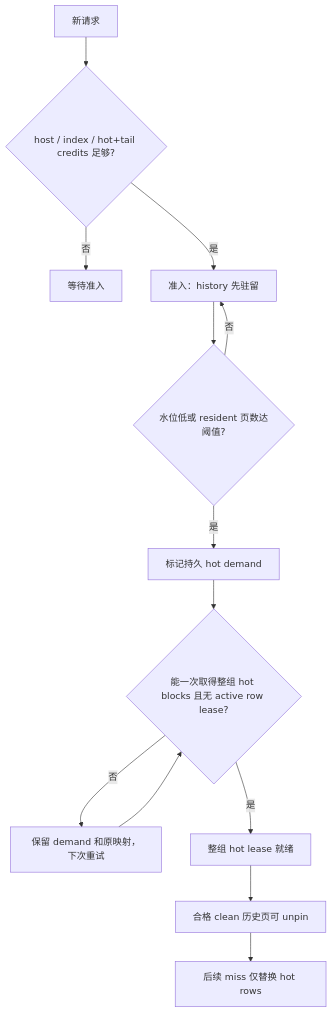
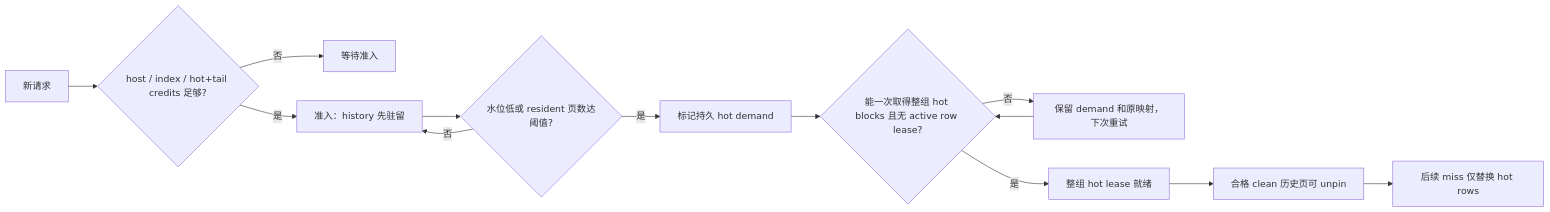
One commit to KiritoHugh/mini-hisparse changed the fifth of 6 diagrams in docs/visual-guide.md. Above: the diagram before and after it, drawn with Mermaid.

Commit message:
Lay out hot allocation flowchart horizontally

````diff
--- a/docs/visual-guide.md
+++ b/docs/visual-guide.md
@@ -157,15 +157,15 @@
 ```mermaid
-flowchart TD
+flowchart LR
     A[新请求] --> B{host / index / hot+tail credits 足够?}
     B -->|否| W[等待准入]
     B -->|是| R[准入：history 先驻留]
     R --> T{水位低或 resident 页数达阈值?}
     T -->|否| R
     T -->|是| D[标记持久 hot demand]
     D --> C{能一次取得整组 hot blocks 且无 active row lease?}
     C -->|否| Retry[保留 demand 和原映射，下次重试]
     Retry --> C
     C -->|是| H[整组 hot lease 就绪]
     H --> U[合格 clean 历史页可 unpin]
     U --> LRU[后续 miss 仅替换 hot rows]
 ```
````
